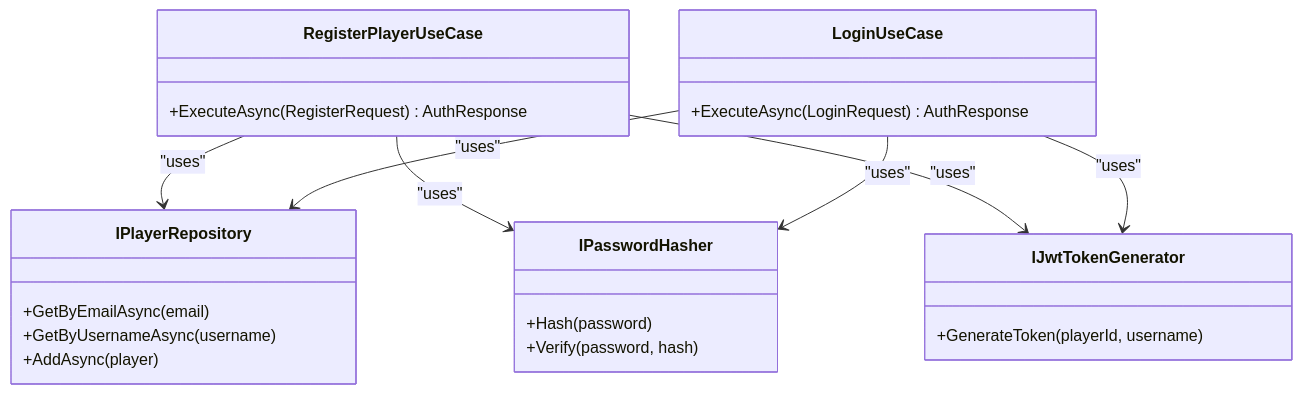
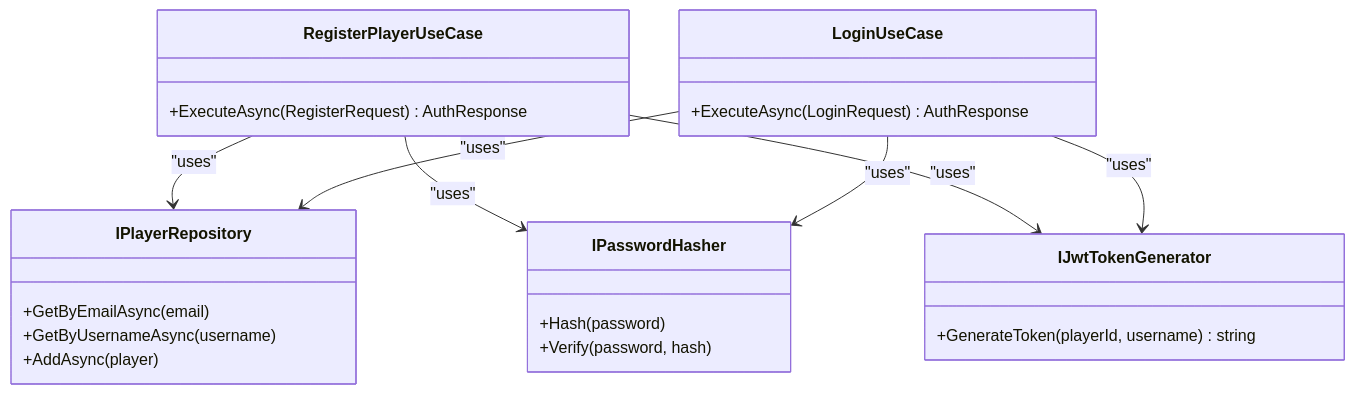
The sixth of 9 diagrams in .qoder/repowiki/en/content/Security Implementation/Authentication Middleware & Configuration.md (MuhammadFaizanQamar/game-backend-service), drawn with Mermaid before and after one commit. The commit also changed other lines of this file and 62 other files, not shown here.

````diff
--- a/.qoder/repowiki/en/content/Security Implementation/Authentication Middleware & Configuration.md
+++ b/.qoder/repowiki/en/content/Security Implementation/Authentication Middleware & Configuration.md
@@ -233,27 +255,27 @@
 ```mermaid
 classDiagram
 class RegisterPlayerUseCase {
 +ExecuteAsync(RegisterRequest) AuthResponse
 }
 class LoginUseCase {
 +ExecuteAsync(LoginRequest) AuthResponse
 }
 class IPlayerRepository {
 +GetByEmailAsync(email)
 +GetByUsernameAsync(username)
 +AddAsync(player)
 }
 class IPasswordHasher {
 +Hash(password)
 +Verify(password, hash)
 }
 class IJwtTokenGenerator {
-+GenerateToken(playerId, username)
++GenerateToken(playerId, username) string
 }
 RegisterPlayerUseCase --> IPlayerRepository : "uses"
 RegisterPlayerUseCase --> IPasswordHasher : "uses"
 RegisterPlayerUseCase --> IJwtTokenGenerator : "uses"
 LoginUseCase --> IPlayerRepository : "uses"
 LoginUseCase --> IPasswordHasher : "uses"
 LoginUseCase --> IJwtTokenGenerator : "uses"
 ```
````
